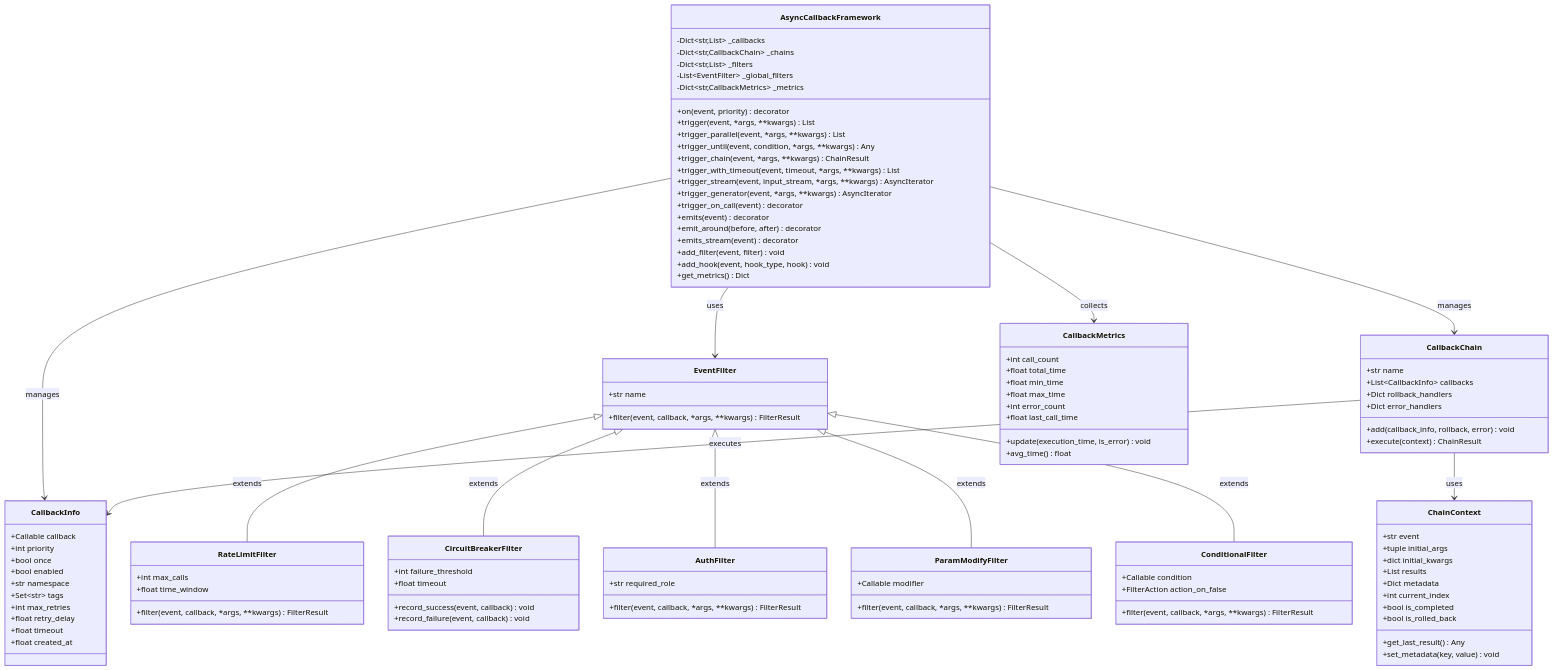
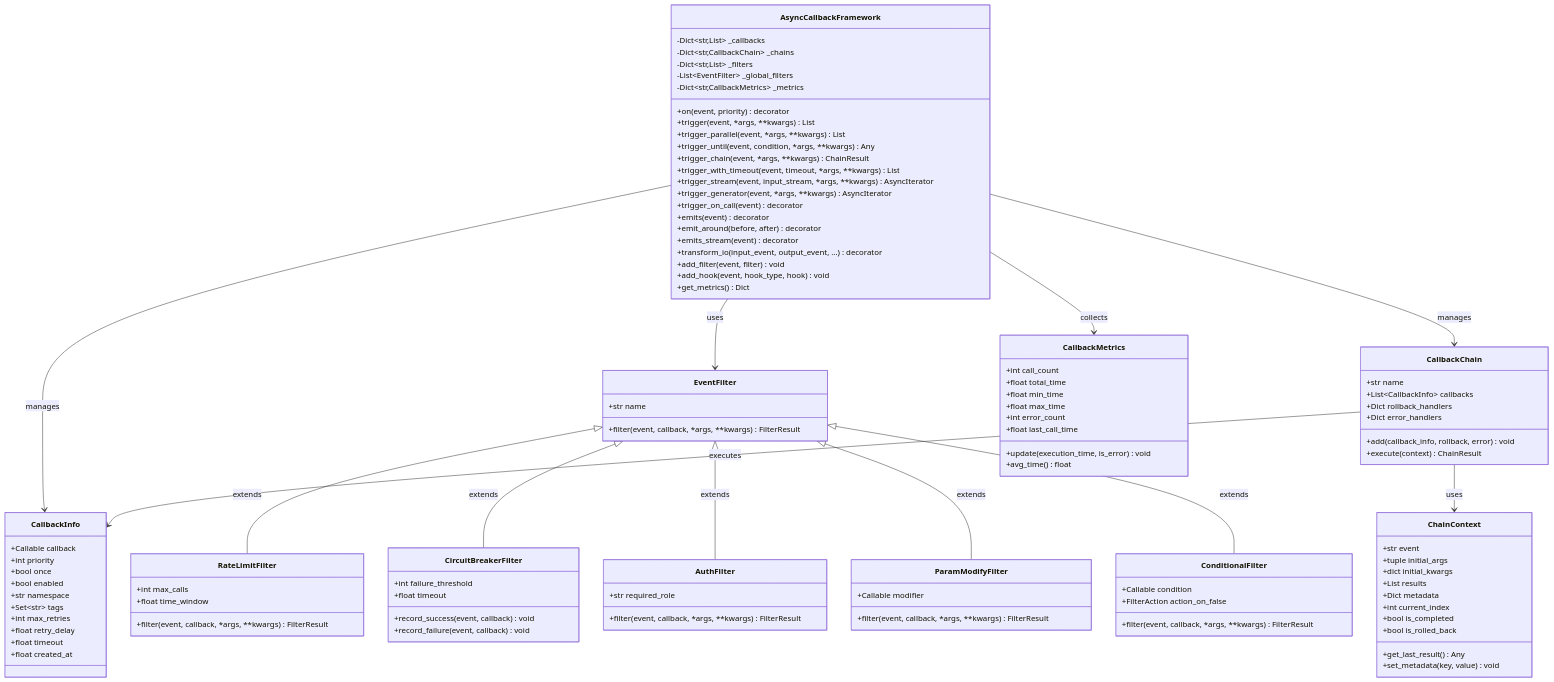
The second of 11 diagrams in openjiuwen/core/runner/callback/DESIGN.md (openJiuwen-ai/agent-core), drawn with Mermaid before and after one commit. The commit also changed other lines of this file and 6 other files, not shown here.

```diff
--- a/openjiuwen/core/runner/callback/DESIGN.md
+++ b/openjiuwen/core/runner/callback/DESIGN.md
@@ -156,6 +161,7 @@
         +emits(event) decorator
         +emit_around(before, after) decorator
         +emits_stream(event) decorator
+        +transform_io(input_event, output_event, ...) decorator
         +add_filter(event, filter) void
         +add_hook(event, hook_type, hook) void
         +get_metrics() Dict
```
